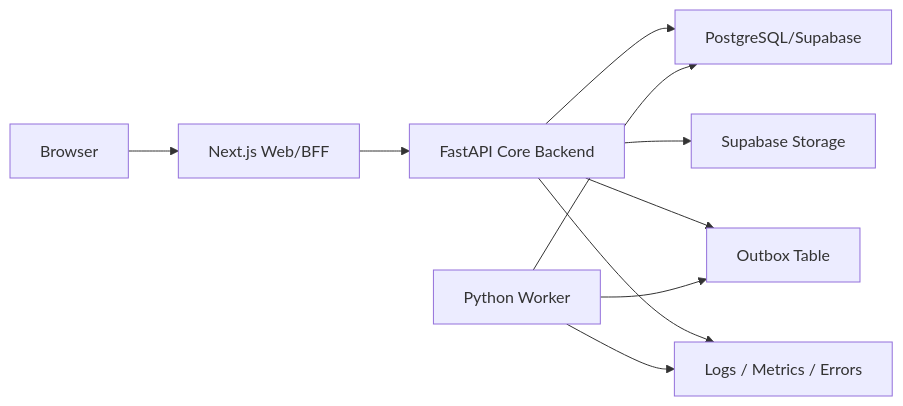
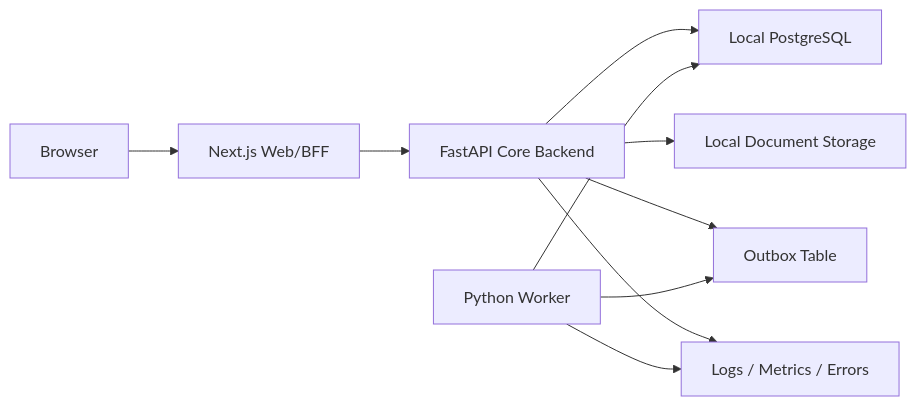
The diagram in docs/architecture/DeploymentTopology.md (ismailthedrizzt/eden-erp), drawn with Mermaid before and after one commit. The commit also changed other lines of this file and 130 other files, not shown here.

````diff
--- a/docs/architecture/DeploymentTopology.md
+++ b/docs/architecture/DeploymentTopology.md
@@ -15,12 +21,12 @@
 ```mermaid
 flowchart LR
   Browser["Browser"] --> Web["Next.js Web/BFF"]
   Web --> API["FastAPI Core Backend"]
-  API --> DB["PostgreSQL/Supabase"]
-  API --> Storage["Supabase Storage"]
+  API --> DB["Local PostgreSQL"]
+  API --> Storage["Local Document Storage"]
   API --> Outbox["Outbox Table"]
   Worker["Python Worker"] --> DB
   Worker --> Outbox
   API --> Observability["Logs / Metrics / Errors"]
   Worker --> Observability
 ```
````
